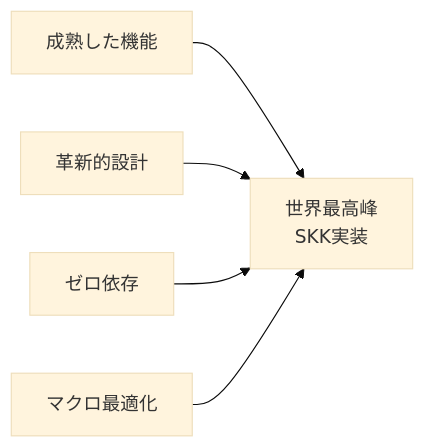
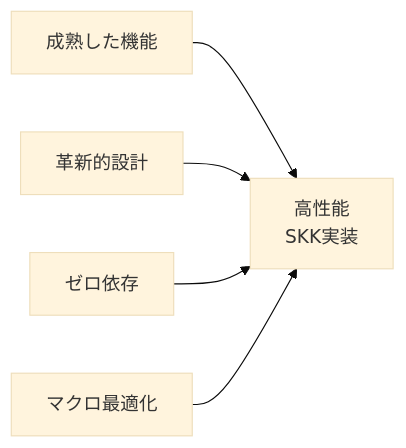
Before and after one commit to takeokunn/nskk.el: the first of 2 diagrams in docs/explanation/design-philosophy.md, drawn with Mermaid (base theme). The commit also changed other lines of this file and 12 other files, not shown here.

````diff
--- a/docs/explanation/design-philosophy.md
+++ b/docs/explanation/design-philosophy.md
@@ -22,7 +22,7 @@
 ```mermaid
 graph LR
-    DDSKK[成熟した機能] --> NSKK[世界最高峰<br/>SKK実装]
+    DDSKK[成熟した機能] --> NSKK[高性能<br/>SKK実装]
     SKEL[革新的設計] --> NSKK
     ZERO[ゼロ依存] --> NSKK
     MACRO[マクロ最適化] --> NSKK
 ```
````
